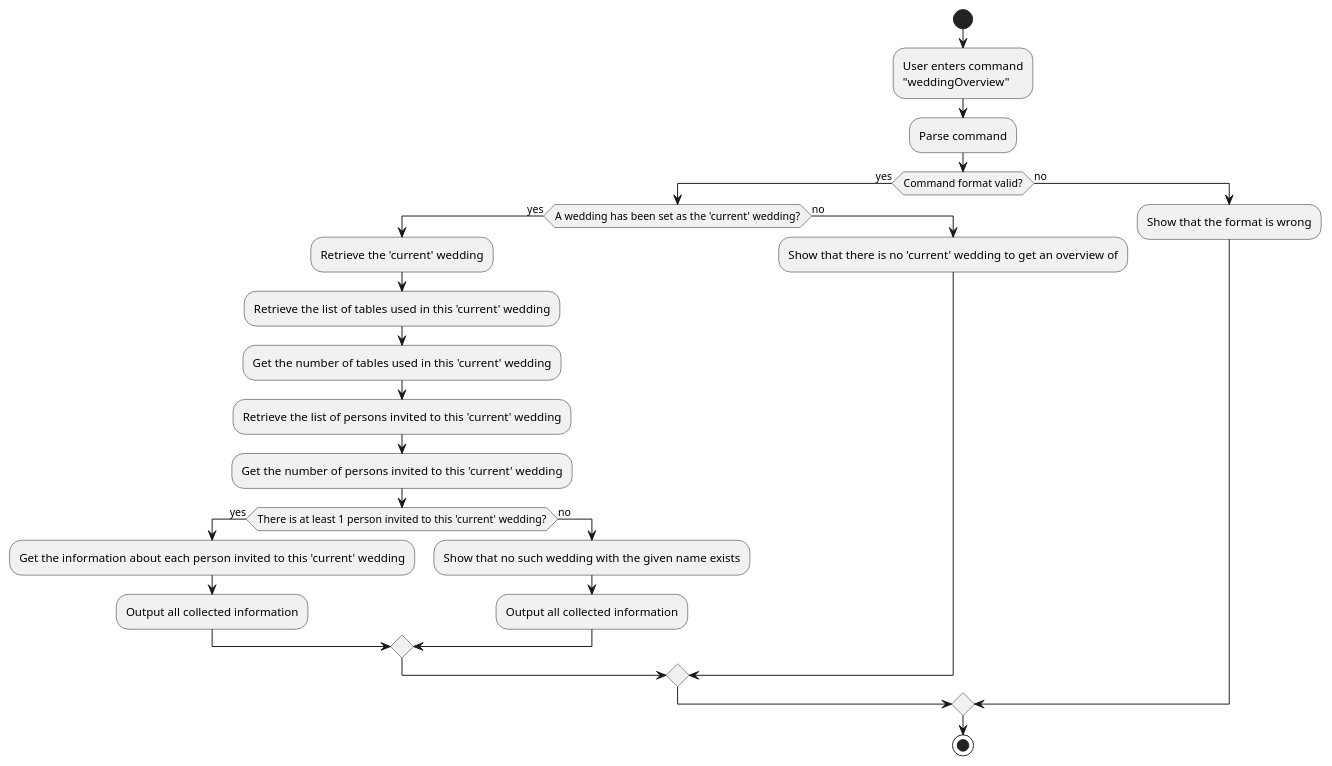
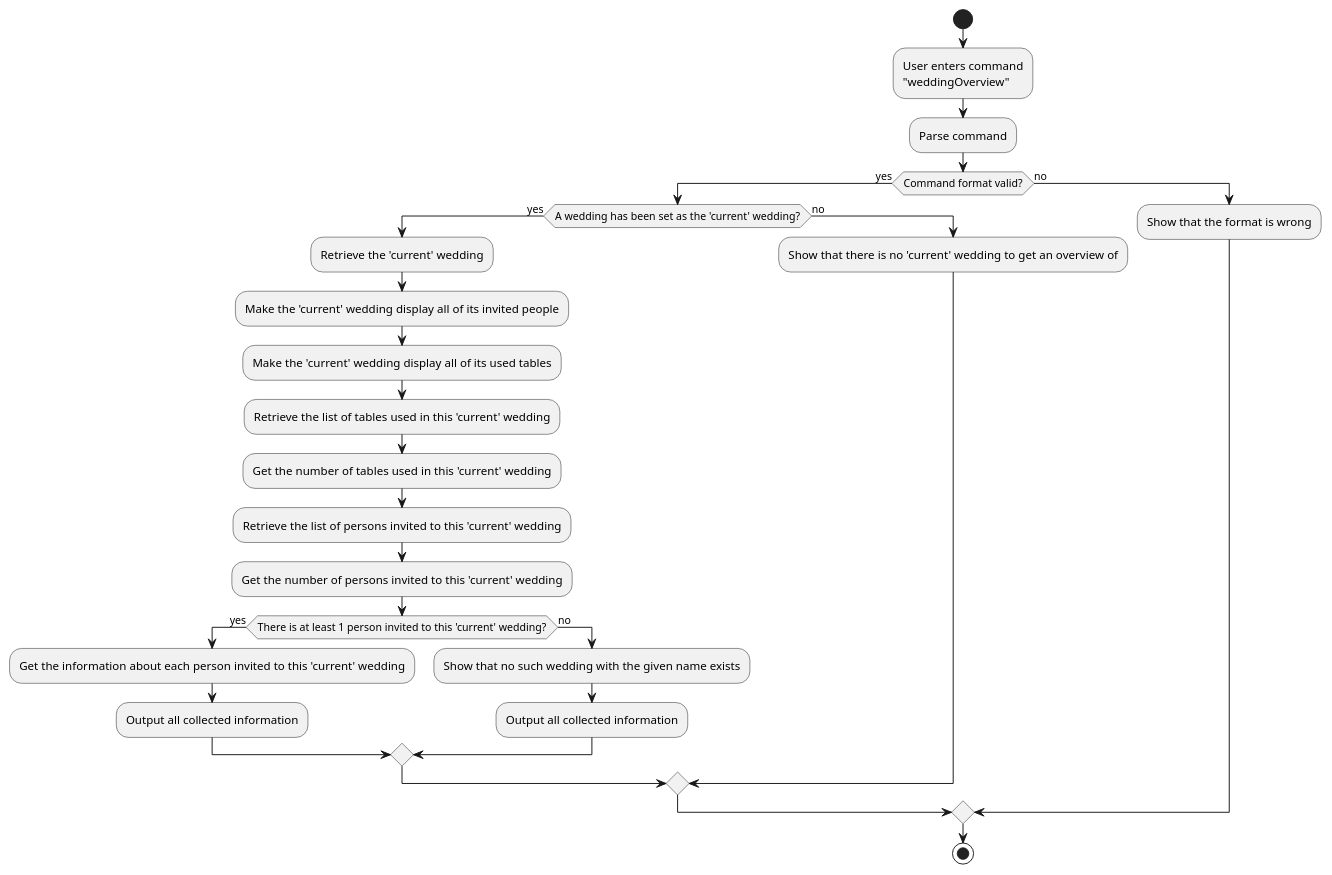
Before and after one commit to josejhkim/tp: the diagram in docs/diagrams/WeddingOverviewActivityDiagram.puml, drawn with PlantUML. The commit also changed 2 other files, not shown here.

Commit message:
Change weddingOverview to 'reset' the wedding data to normal

```diff
--- a/docs/diagrams/WeddingOverviewActivityDiagram.puml
+++ b/docs/diagrams/WeddingOverviewActivityDiagram.puml
@@ -1,31 +1,33 @@
 @startuml
 start
 
 :User enters command
 "weddingOverview";
 
 :Parse command;
 
 if (Command format valid?) then (yes)
   if (A wedding has been set as the 'current' wedding?) then (yes)
     :Retrieve the 'current' wedding;
+    :Make the 'current' wedding display all of its invited people;
+    :Make the 'current' wedding display all of its used tables;
     :Retrieve the list of tables used in this 'current' wedding;
     :Get the number of tables used in this 'current' wedding;
     :Retrieve the list of persons invited to this 'current' wedding;
     :Get the number of persons invited to this 'current' wedding;
     if (There is at least 1 person invited to this 'current' wedding?) then (yes)
       :Get the information about each person invited to this 'current' wedding;
       :Output all collected information;
     else (no)
       :Show that no such wedding with the given name exists;
       :Output all collected information;
     endif
   else (no)
     :Show that there is no 'current' wedding to get an overview of;
   endif
 else (no)
   :Show that the format is wrong;
 endif
 
 stop
 @enduml
```
